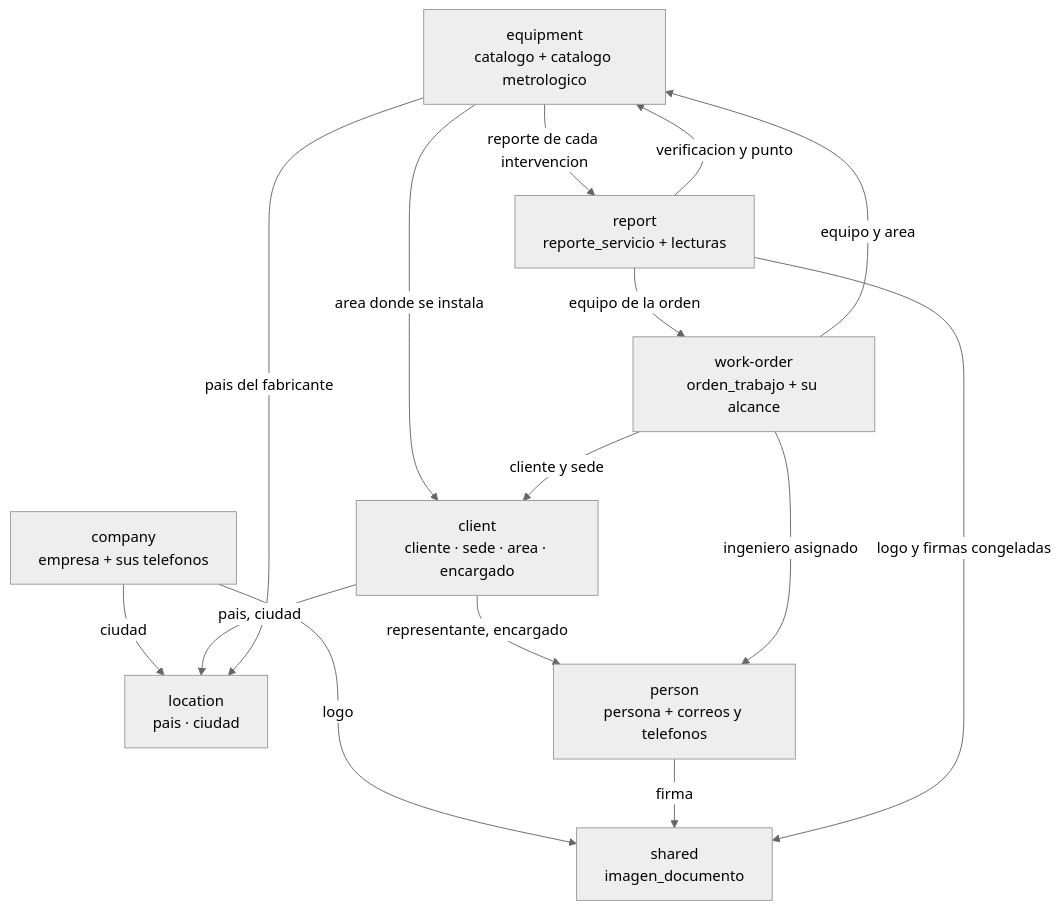
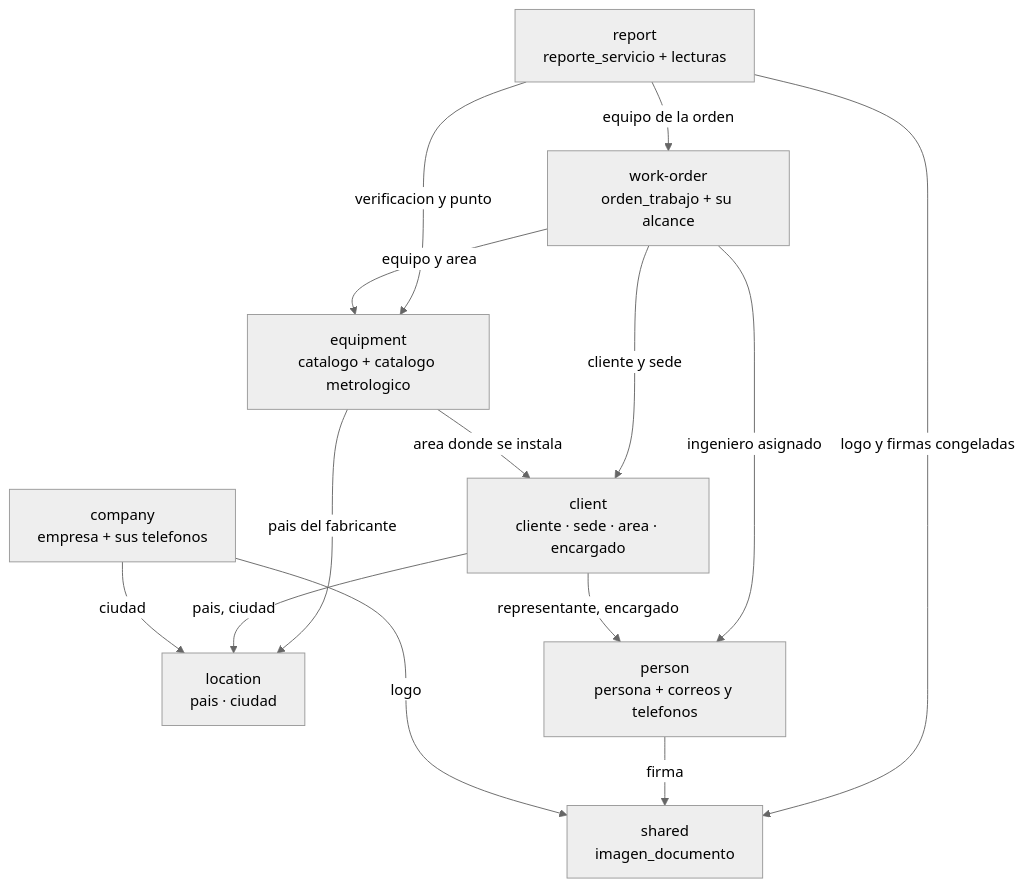
One commit to SeanBol222/MalphasOs changed the first of 12 diagrams in SecondBrain/wiki/base-de-datos/esquema-bd-malphasos.md. Above: the diagram before and after it, drawn with Mermaid (neutral theme). The commit also changed other lines of this file and 10 other files, not shown here.

````diff
--- a/SecondBrain/wiki/base-de-datos/esquema-bd-malphasos.md
+++ b/SecondBrain/wiki/base-de-datos/esquema-bd-malphasos.md
@@ -281,27 +288,26 @@
 ```mermaid
 graph TD
     location["location<br/>pais · ciudad"]
     person["person<br/>persona + correos y telefonos"]
     client["client<br/>cliente · sede · area · encargado"]
     equipment["equipment<br/>catalogo + catalogo metrologico"]
     workorder["work-order<br/>orden_trabajo + su alcance"]
     report["report<br/>reporte_servicio + lecturas"]
     company["company<br/>empresa + sus telefonos"]
     shared["shared<br/>imagen_documento"]
 
     company -->|ciudad| location
     company -->|logo| shared
     person -->|firma| shared
     report -->|logo y firmas congeladas| shared
 
     client -->|pais, ciudad| location
     client -->|representante, encargado| person
     equipment -->|pais del fabricante| location
     equipment -->|area donde se instala| client
-    equipment -->|reporte de cada intervencion| report
     workorder -->|cliente y sede| client
     workorder -->|ingeniero asignado| person
     workorder -->|equipo y area| equipment
     report -->|equipo de la orden| workorder
     report -->|verificacion y punto| equipment
 ```
````
